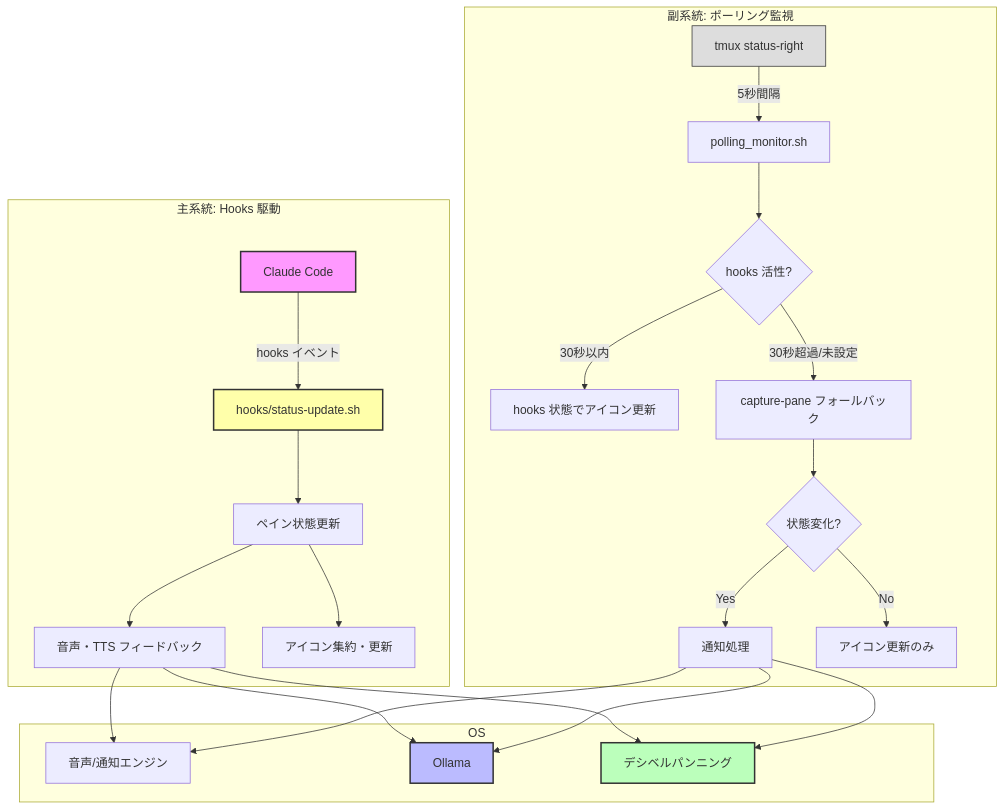
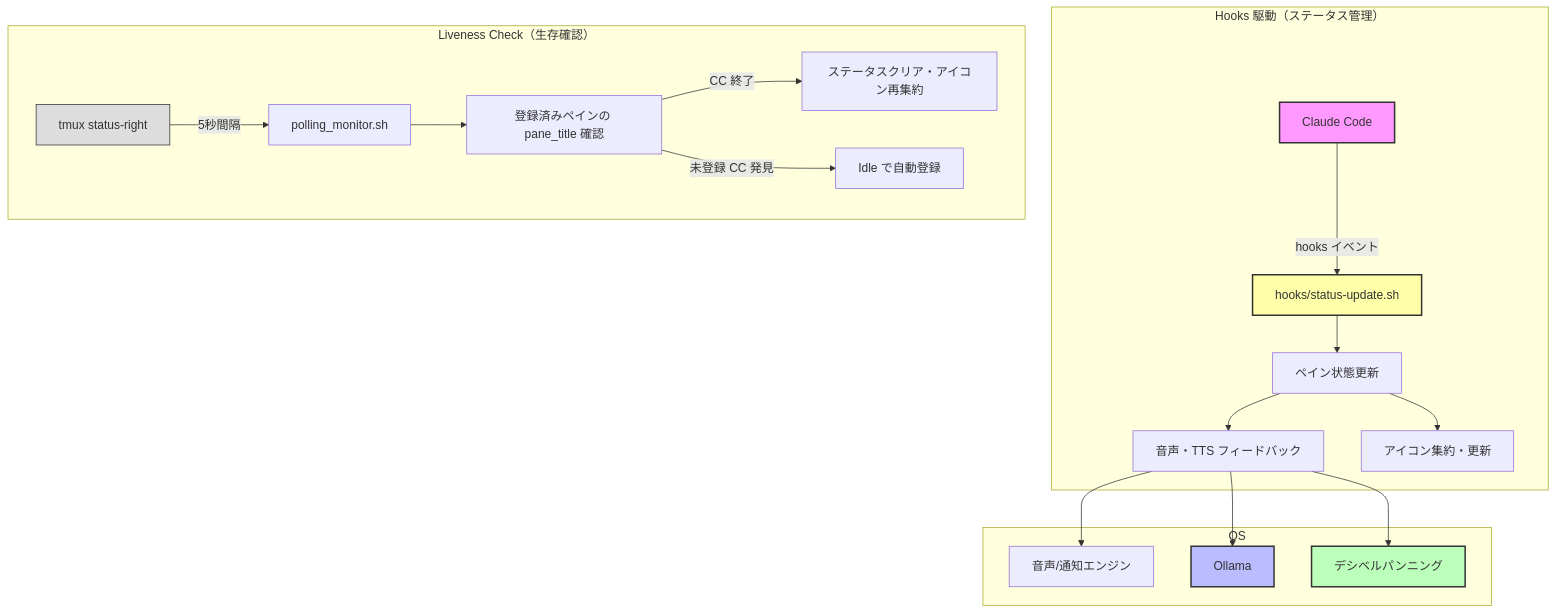
One commit to ysano/dotfiles changed the diagram in .tmux/docs/01-system-overview.md. Above: the diagram before and after it, drawn with Mermaid. The commit also changed other lines of this file and 6 other files, not shown here.

````diff
--- a/.tmux/docs/01-system-overview.md
+++ b/.tmux/docs/01-system-overview.md
@@ -50,34 +50,28 @@
 ```mermaid
 graph TD
-    subgraph "主系統: Hooks 駆動"
+    subgraph "Hooks 駆動（ステータス管理）"
         H1[Claude Code] -->|hooks イベント| H2[hooks/status-update.sh]
         H2 --> H3[ペイン状態更新]
         H3 --> H4[音声・TTS フィードバック]
         H3 --> H5[アイコン集約・更新]
     end
 
-    subgraph "副系統: ポーリング監視"
+    subgraph "Liveness Check（生存確認）"
         A[tmux status-right] -->|5秒間隔| B[polling_monitor.sh]
-        B --> B1{hooks 活性?}
-        B1 -->|30秒以内| B2[hooks 状態でアイコン更新]
-        B1 -->|30秒超過/未設定| C[capture-pane フォールバック]
-        C --> D{状態変化?}
-        D -->|Yes| F[通知処理]
-        D -->|No| G[アイコン更新のみ]
+        B --> B1[登録済みペインの pane_title 確認]
+        B1 -->|CC 終了| B2[ステータスクリア・アイコン再集約]
+        B1 -->|未登録 CC 発見| B3[Idle で自動登録]
     end
 
     subgraph OS
         H4 --> J[音声/通知エンジン]
         H4 --> K[Ollama]
         H4 --> L[デシベルパンニング]
-        F --> J
-        F --> K
-        F --> L
     end
 
     style H1 fill:#f9f,stroke:#333,stroke-width:2px
     style H2 fill:#ffa,stroke:#333,stroke-width:2px
     style A fill:#ddd,stroke:#333,stroke-width:1px
     style K fill:#bbf,stroke:#333,stroke-width:2px
     style L fill:#bfb,stroke:#333,stroke-width:2px
 ```
````
